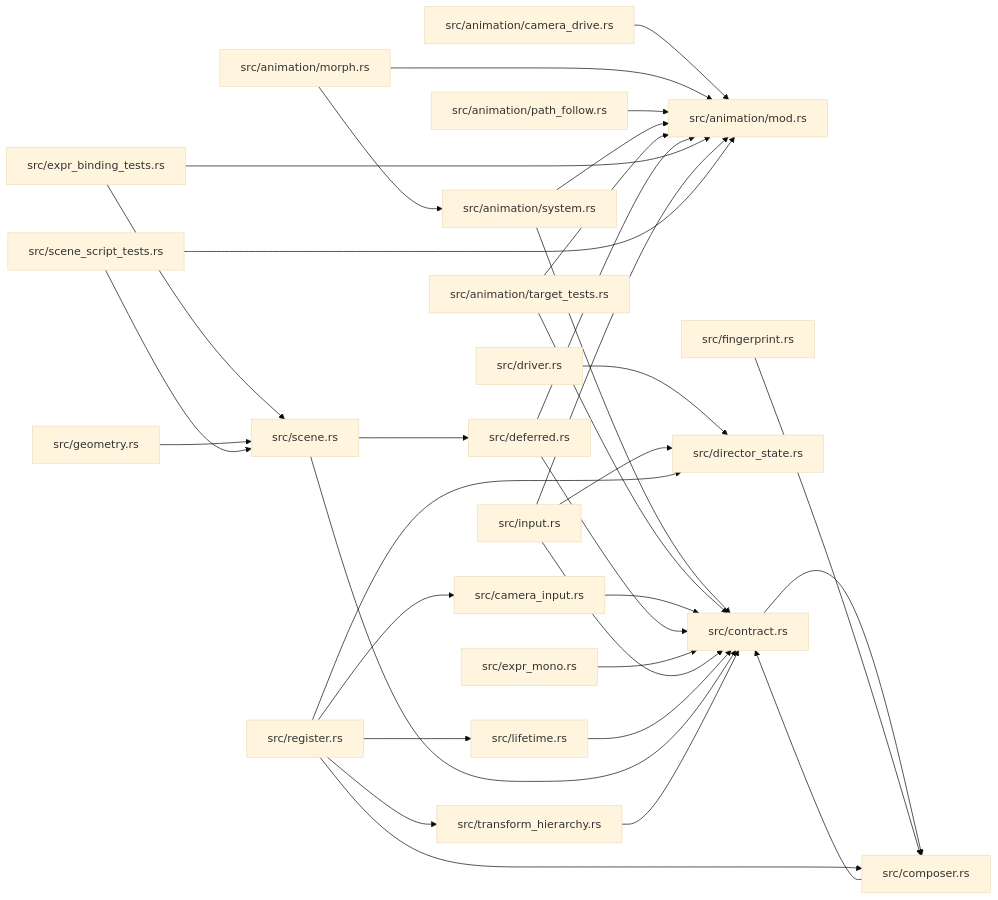
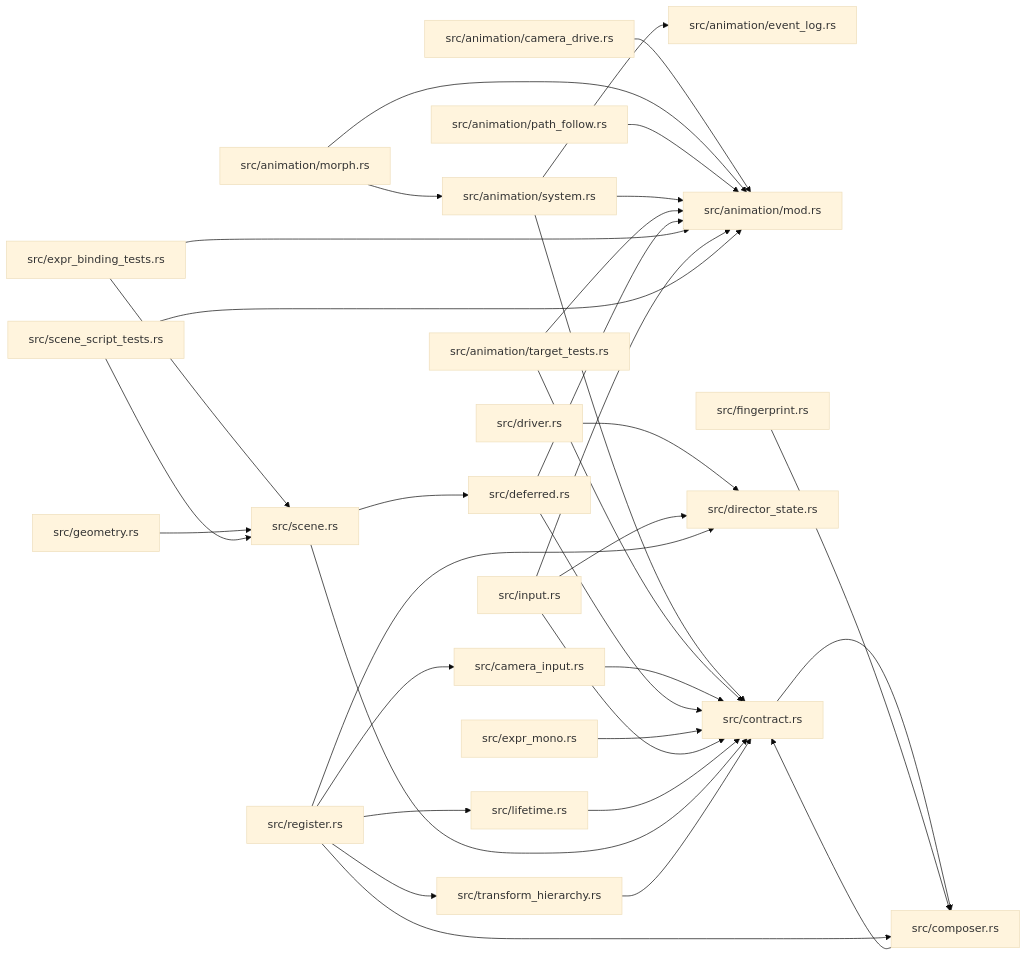
One commit to xcrtp/zela changed the diagram in docs/modules/zela-scene-ecs.md. Above: the diagram before and after it, drawn with Mermaid (base theme). The commit also changed other lines of this file and 23 other files, not shown here.

````diff
--- a/docs/modules/zela-scene-ecs.md
+++ b/docs/modules/zela-scene-ecs.md
@@ -48,58 +49,60 @@
 ```mermaid
 graph LR
     f0["src/animation/camera_drive.rs"]
+    f5["src/animation/event_log.rs"]
     f1["src/animation/mod.rs"]
     f2["src/animation/morph.rs"]
     f4["src/animation/path_follow.rs"]
     f3["src/animation/system.rs"]
-    f6["src/animation/target_tests.rs"]
-    f7["src/camera_input.rs"]
-    f8["src/composer.rs"]
-    f5["src/contract.rs"]
-    f9["src/deferred.rs"]
-    f11["src/director_state.rs"]
-    f10["src/driver.rs"]
-    f12["src/expr_binding_tests.rs"]
-    f14["src/expr_mono.rs"]
-    f15["src/fingerprint.rs"]
-    f16["src/geometry.rs"]
-    f17["src/input.rs"]
-    f18["src/lifetime.rs"]
-    f19["src/register.rs"]
-    f13["src/scene.rs"]
-    f21["src/scene_script_tests.rs"]
-    f20["src/transform_hierarchy.rs"]
+    f7["src/animation/target_tests.rs"]
+    f8["src/camera_input.rs"]
+    f9["src/composer.rs"]
+    f6["src/contract.rs"]
+    f10["src/deferred.rs"]
+    f12["src/director_state.rs"]
+    f11["src/driver.rs"]
+    f13["src/expr_binding_tests.rs"]
+    f15["src/expr_mono.rs"]
+    f16["src/fingerprint.rs"]
+    f17["src/geometry.rs"]
+    f18["src/input.rs"]
+    f19["src/lifetime.rs"]
+    f20["src/register.rs"]
+    f14["src/scene.rs"]
+    f22["src/scene_script_tests.rs"]
+    f21["src/transform_hierarchy.rs"]
     f0 --> f1
     f2 --> f1
     f2 --> f3
     f4 --> f1
+    f3 --> f5
     f3 --> f1
-    f3 --> f5
-    f6 --> f1
-    f6 --> f5
-    f7 --> f5
-    f8 --> f5
-    f5 --> f8
-    f9 --> f1
-    f9 --> f5
-    f10 --> f11
-    f12 --> f1
-    f12 --> f13
-    f14 --> f5
-    f15 --> f8
-    f16 --> f13
-    f17 --> f1
-    f17 --> f5
-    f17 --> f11
-    f18 --> f5
-    f19 --> f7
-    f19 --> f8
-    f19 --> f11
-    f19 --> f18
-    f19 --> f20
-    f13 --> f5
-    f13 --> f9
-    f21 --> f1
-    f21 --> f13
-    f20 --> f5
+    f3 --> f6
+    f7 --> f1
+    f7 --> f6
+    f8 --> f6
+    f9 --> f6
+    f6 --> f9
+    f10 --> f1
+    f10 --> f6
+    f11 --> f12
+    f13 --> f1
+    f13 --> f14
+    f15 --> f6
+    f16 --> f9
+    f17 --> f14
+    f18 --> f1
+    f18 --> f6
+    f18 --> f12
+    f19 --> f6
+    f20 --> f8
+    f20 --> f9
+    f20 --> f12
+    f20 --> f19
+    f20 --> f21
+    f14 --> f6
+    f14 --> f10
+    f22 --> f1
+    f22 --> f14
+    f21 --> f6
 ```
````
